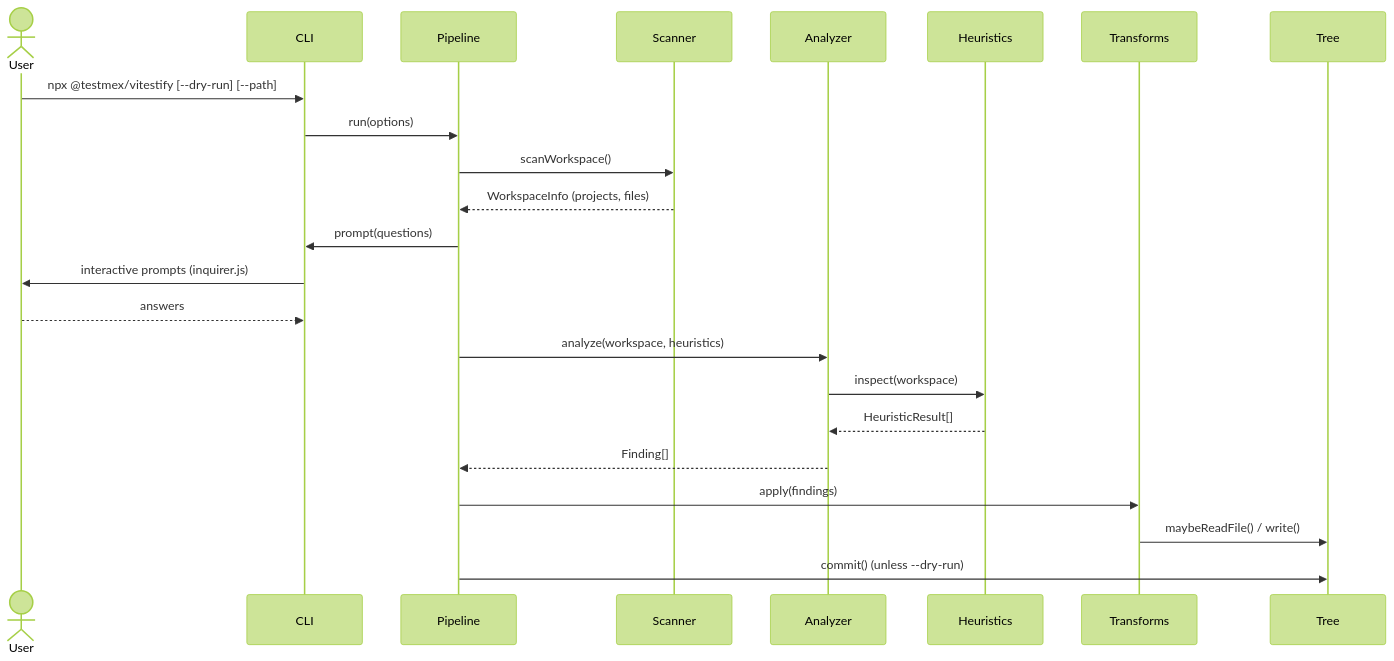
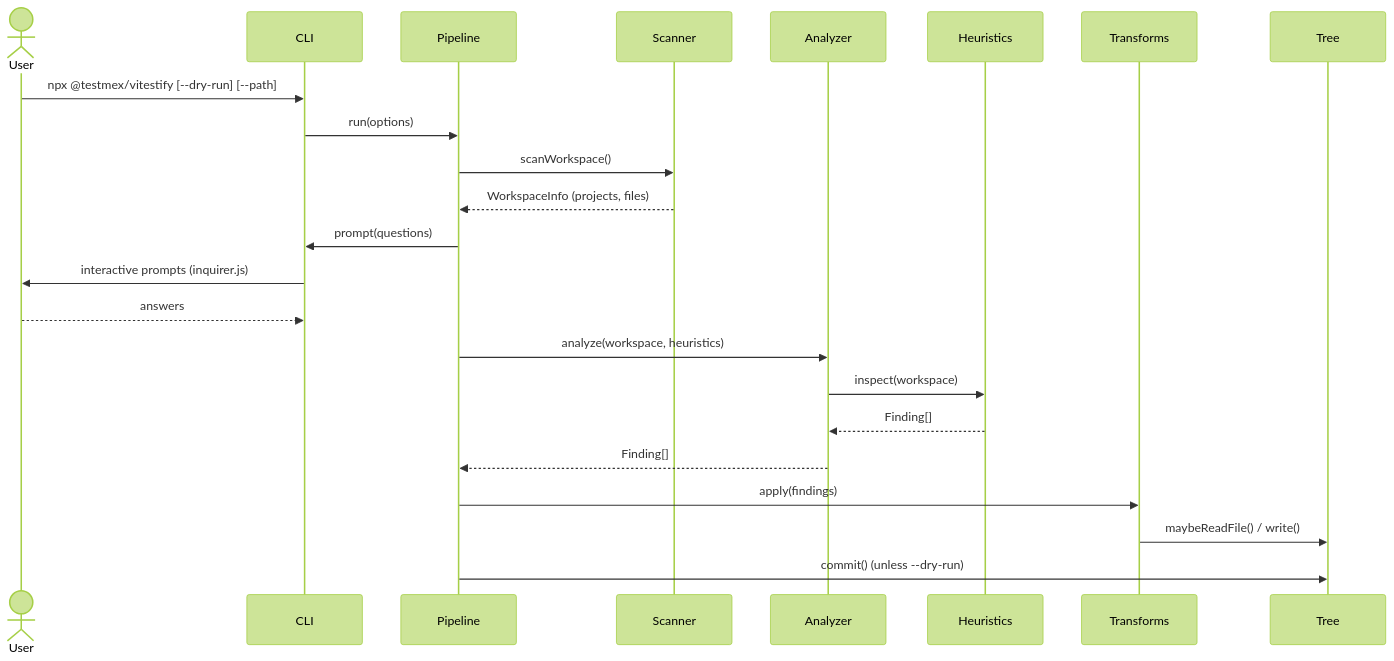
The second of 3 diagrams in design-docs/001-vitestify.md (testmex/testmex), drawn with Mermaid (forest theme) before and after one commit. The commit also changed other lines of this file and 11 other files, not shown here.

````diff
--- a/design-docs/001-vitestify.md
+++ b/design-docs/001-vitestify.md
@@ -70,26 +70,26 @@
 ```mermaid
 sequenceDiagram
     actor User
     participant CLI
     participant Pipeline
     participant Scanner
     participant Analyzer
     participant Heuristics
     participant Transforms
     participant Tree
 
     User->>CLI: npx @testmex/vitestify [--dry-run] [--path]
     CLI->>Pipeline: run(options)
     Pipeline->>Scanner: scanWorkspace()
     Scanner-->>Pipeline: WorkspaceInfo (projects, files)
     Pipeline->>CLI: prompt(questions)
     CLI->>User: interactive prompts (inquirer.js)
     User-->>CLI: answers
     Pipeline->>Analyzer: analyze(workspace, heuristics)
     Analyzer->>Heuristics: inspect(workspace)
-    Heuristics-->>Analyzer: HeuristicResult[]
+    Heuristics-->>Analyzer: Finding[]
     Analyzer-->>Pipeline: Finding[]
     Pipeline->>Transforms: apply(findings)
     Transforms->>Tree: maybeReadFile() / write()
     Pipeline->>Tree: commit() (unless --dry-run)
 ```
````
